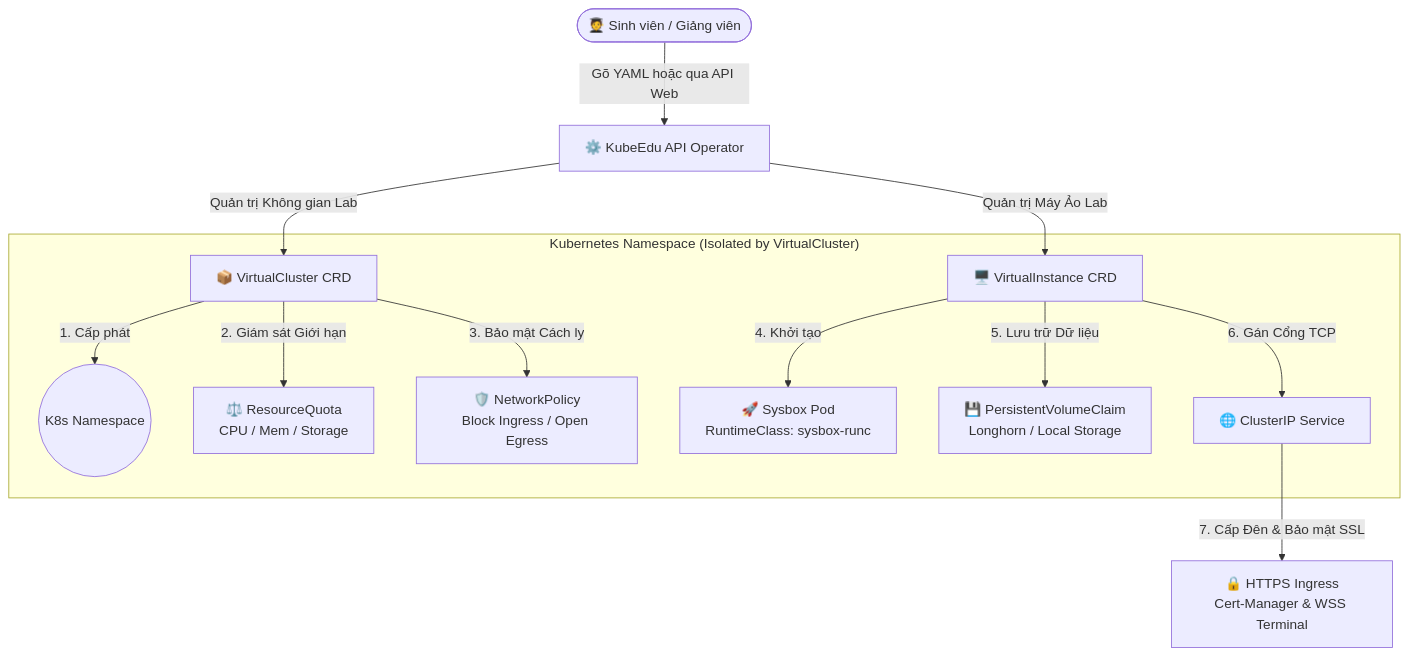
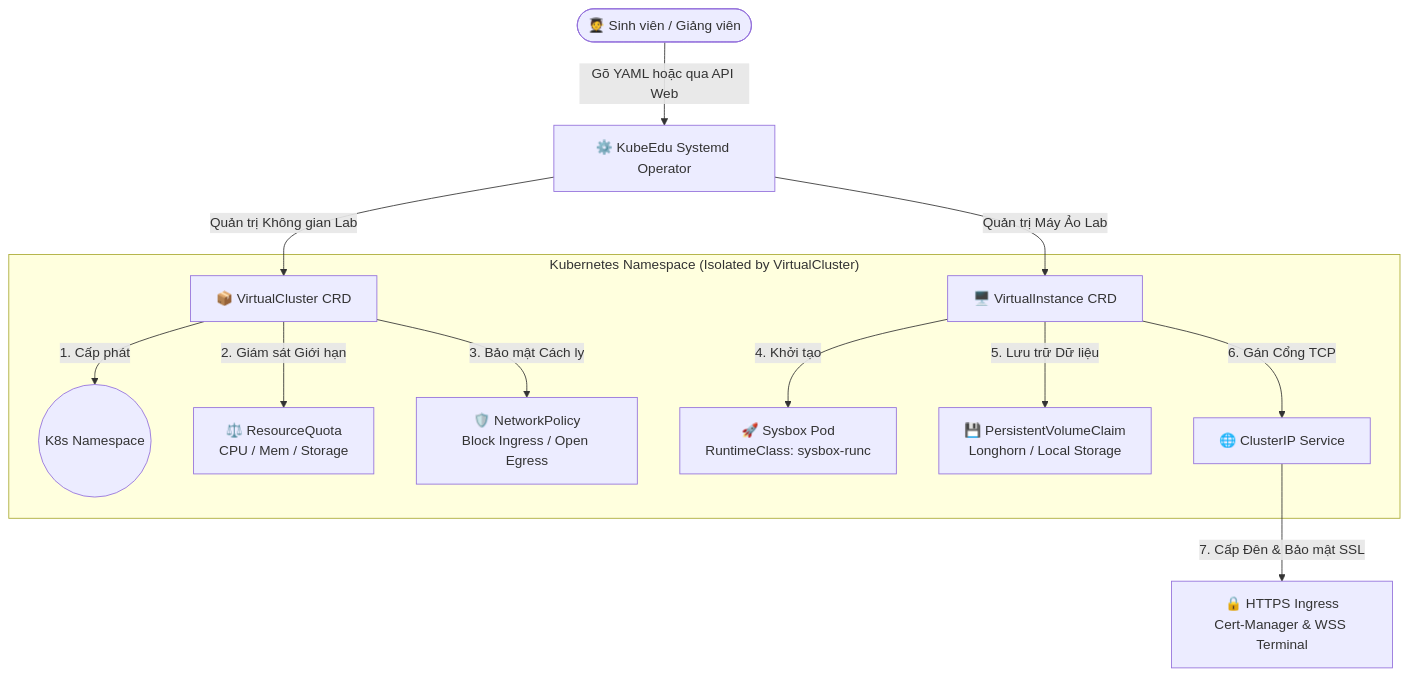
Before and after one commit to NggThuHa/sandbox-operator: the diagram in README.md, drawn with Mermaid. The commit also changed other lines of this file and 1 other file, not shown here.

Commit message:
chore: update manager image name and documentation to systemd-operator

````diff
--- a/README.md
+++ b/README.md
@@ -15,18 +15,18 @@
 ```mermaid
 graph TD
-    User([🧑‍🎓 Sinh viên / Giảng viên]) -->|Gõ YAML hoặc qua API Web| Operator[⚙️ KubeEdu API Operator]
+    User([🧑‍🎓 Sinh viên / Giảng viên]) -->|Gõ YAML hoặc qua API Web| Operator[⚙️ KubeEdu Systemd Operator]
     Operator -->|Quản trị Không gian Lab| VC[📦 VirtualCluster CRD]
     Operator -->|Quản trị Máy Ảo Lab| VI[🖥️ VirtualInstance CRD]
 
     subgraph "Kubernetes Namespace (Isolated by VirtualCluster)"
         VC -->|1. Cấp phát| NS((K8s Namespace))
         VC -->|2. Giám sát Giới hạn| RQ[⚖️ ResourceQuota<br/>CPU / Mem / Storage]
         VC -->|3. Bảo mật Cách ly| NP[🛡️ NetworkPolicy<br/>Block Ingress / Open Egress]
         
         VI -->|4. Khởi tạo| Pod[🚀 Sysbox Pod<br/>RuntimeClass: sysbox-runc]
         VI -->|5. Lưu trữ Dữ liệu| PVC[💾 PersistentVolumeClaim<br/>Longhorn / Local Storage]
         VI -->|6. Gán Cổng TCP| SVC[🌐 ClusterIP Service]
     end
 
     SVC -->|7. Cấp Đên & Bảo mật SSL| ING[🔒 HTTPS Ingress<br/>Cert-Manager & WSS Terminal]
 ```
````
